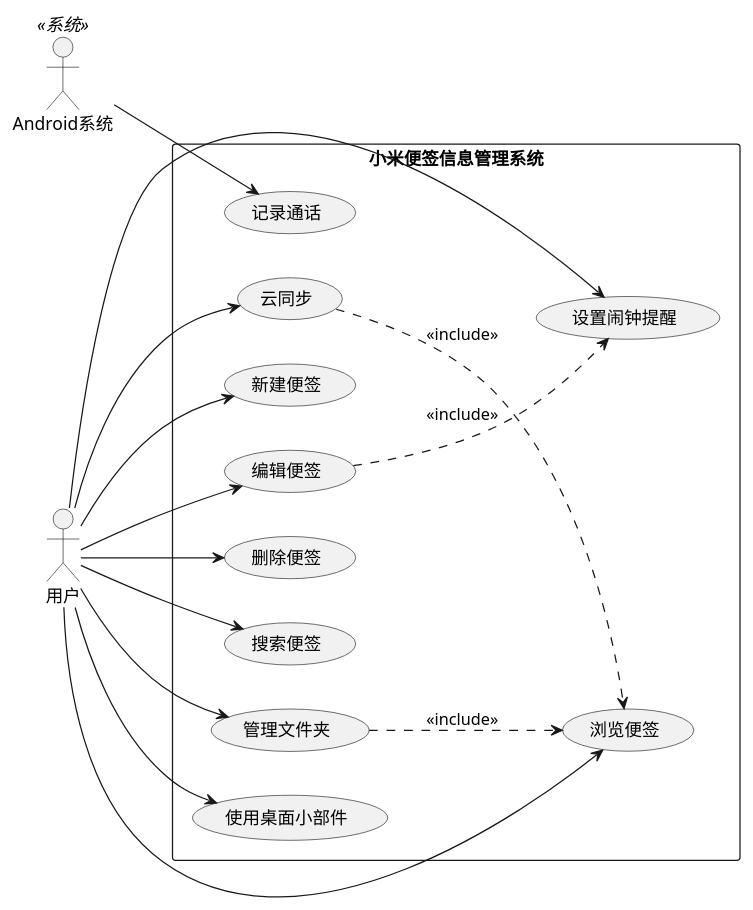
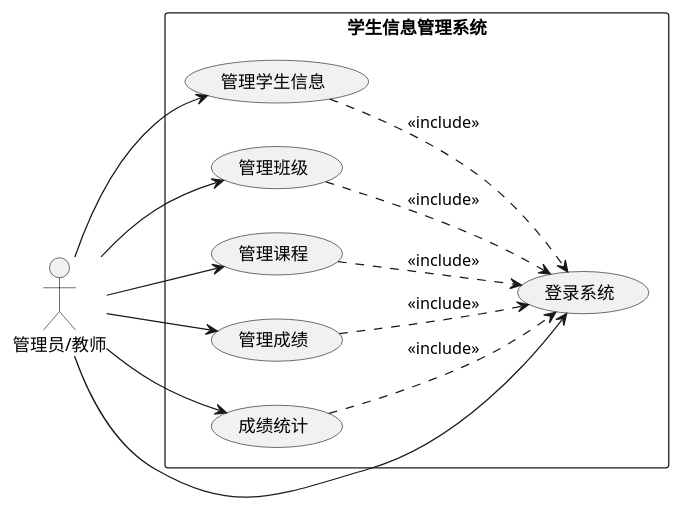
One commit to otreeevol/project changed the diagram in docs/diagrams/usecase.puml. Above: the diagram before and after it, drawn with PlantUML. The commit also changed 221 other files, not shown here.

```diff
--- a/docs/diagrams/usecase.puml
+++ b/docs/diagrams/usecase.puml
@@ -1,37 +1,29 @@
 @startuml
-' 小米便签信息管理系统 —— 用例图
+' 学生信息管理系统 —— 用例图
 left to right direction
 skinparam packageStyle rectangle
 
-actor "用户" as User
-actor "Android系统" as System <<系统>>
+actor "管理员/教师" as User
 
-rectangle "小米便签信息管理系统" {
-  usecase "新建便签" as UC1
-  usecase "编辑便签" as UC2
-  usecase "删除便签" as UC3
-  usecase "浏览便签" as UC4
-  usecase "搜索便签" as UC5
-  usecase "管理文件夹" as UC6
-  usecase "设置闹钟提醒" as UC7
-  usecase "使用桌面小部件" as UC8
-  usecase "记录通话" as UC9
-  usecase "云同步" as UC10
+rectangle "学生信息管理系统" {
+  usecase "登录系统" as UC1
+  usecase "管理学生信息" as UC2
+  usecase "管理班级" as UC3
+  usecase "管理课程" as UC4
+  usecase "管理成绩" as UC5
+  usecase "成绩统计" as UC6
 }
 
 User --> UC1
 User --> UC2
 User --> UC3
 User --> UC4
 User --> UC5
 User --> UC6
-User --> UC7
-User --> UC8
-User --> UC10
 
-System --> UC9
-
-UC2 ..> UC7 : <<include>>
-UC6 ..> UC4 : <<include>>
-UC10 ..> UC4 : <<include>>
+UC2 ..> UC1 : <<include>>
+UC3 ..> UC1 : <<include>>
+UC4 ..> UC1 : <<include>>
+UC5 ..> UC1 : <<include>>
+UC6 ..> UC1 : <<include>>
 @enduml
```
